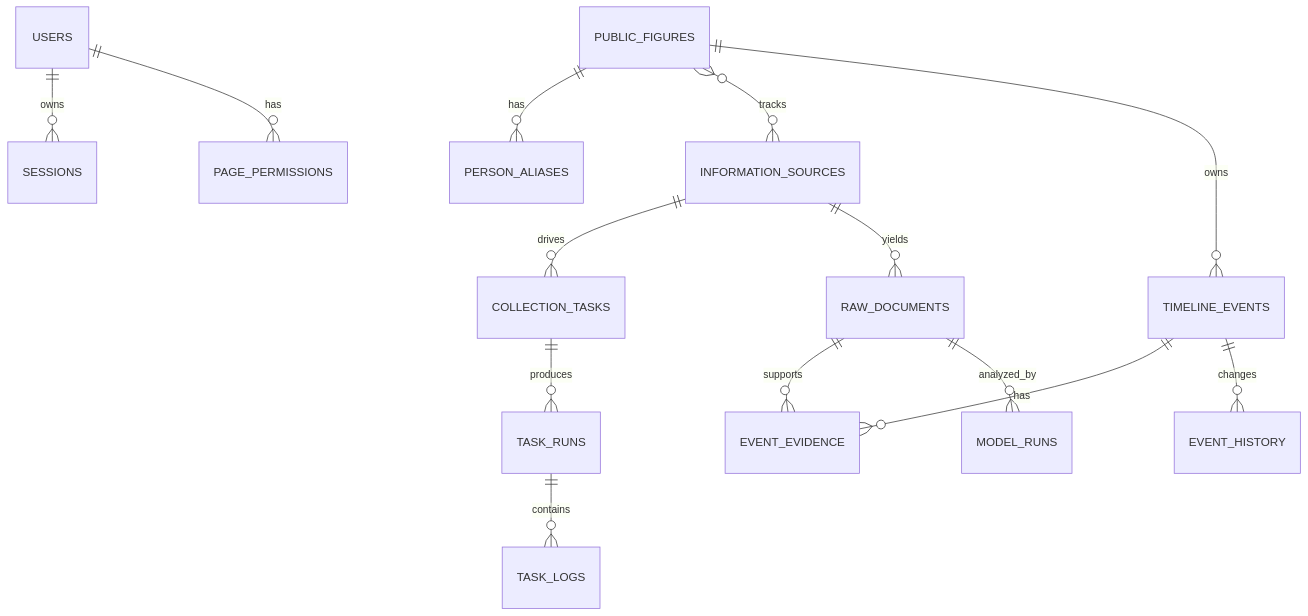
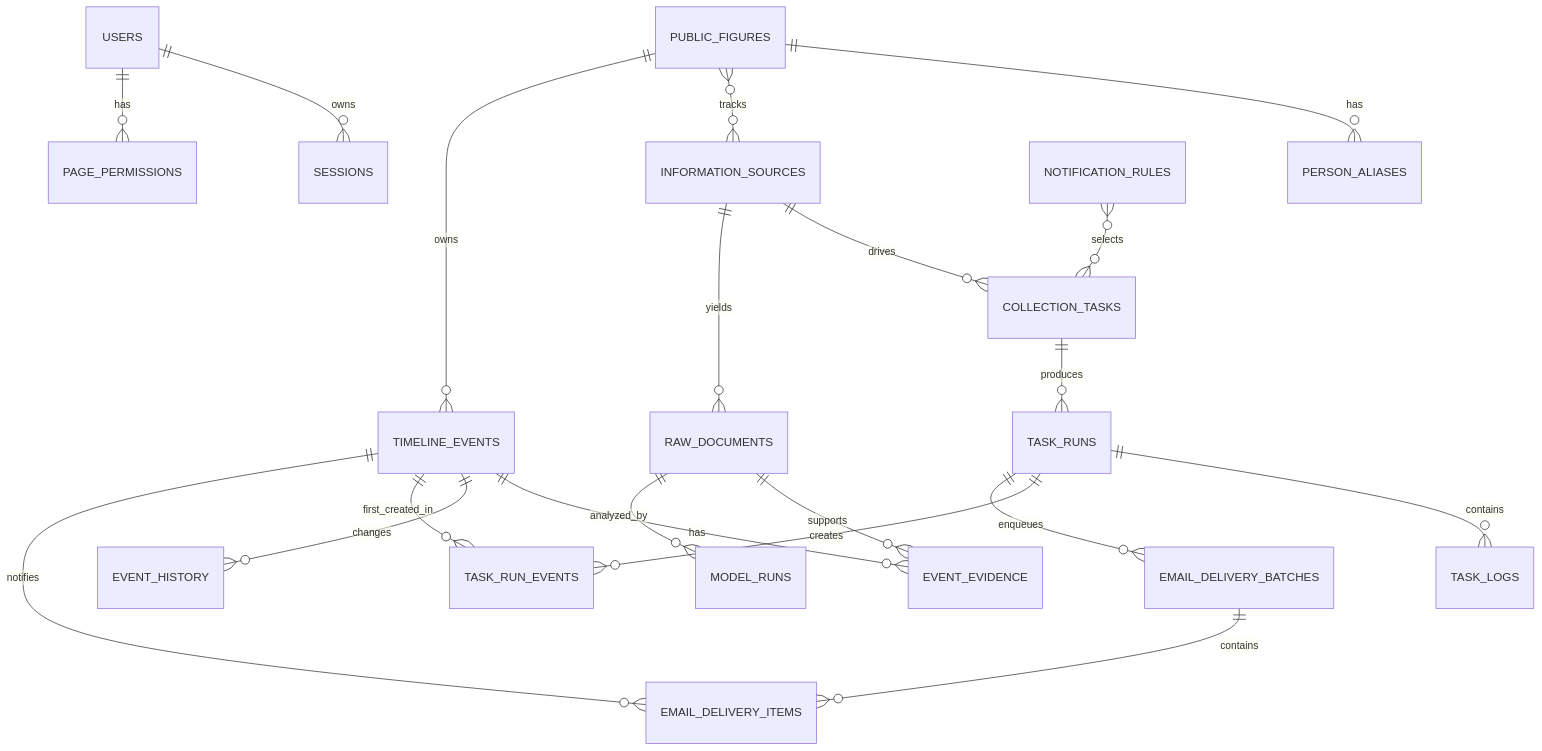
One commit to yuan-xin-9997/PublicFiguresTrackingSystem changed the second of 2 diagrams in 系统设计说明书.md. Above: the diagram before and after it, drawn with Mermaid. The commit also changed other lines of this file and 21 other files, not shown here.

````diff
--- a/系统设计说明书.md
+++ b/系统设计说明书.md
@@ -133,16 +134,22 @@
 ```mermaid
 erDiagram
     USERS ||--o{ SESSIONS : owns
     USERS ||--o{ PAGE_PERMISSIONS : has
     PUBLIC_FIGURES ||--o{ PERSON_ALIASES : has
     PUBLIC_FIGURES }o--o{ INFORMATION_SOURCES : tracks
     INFORMATION_SOURCES ||--o{ COLLECTION_TASKS : drives
     COLLECTION_TASKS ||--o{ TASK_RUNS : produces
     TASK_RUNS ||--o{ TASK_LOGS : contains
     INFORMATION_SOURCES ||--o{ RAW_DOCUMENTS : yields
     RAW_DOCUMENTS ||--o{ EVENT_EVIDENCE : supports
     PUBLIC_FIGURES ||--o{ TIMELINE_EVENTS : owns
     TIMELINE_EVENTS ||--o{ EVENT_EVIDENCE : has
     TIMELINE_EVENTS ||--o{ EVENT_HISTORY : changes
     RAW_DOCUMENTS ||--o{ MODEL_RUNS : analyzed_by
+    TASK_RUNS ||--o{ TASK_RUN_EVENTS : creates
+    TIMELINE_EVENTS ||--o{ TASK_RUN_EVENTS : first_created_in
+    NOTIFICATION_RULES }o--o{ COLLECTION_TASKS : selects
+    TASK_RUNS ||--o{ EMAIL_DELIVERY_BATCHES : enqueues
+    EMAIL_DELIVERY_BATCHES ||--o{ EMAIL_DELIVERY_ITEMS : contains
+    TIMELINE_EVENTS ||--o{ EMAIL_DELIVERY_ITEMS : notifies
 ```
````
